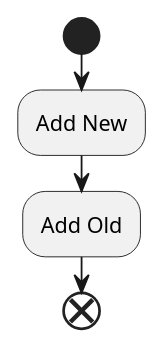
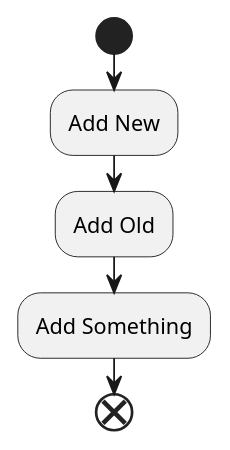
Before and after one commit to ontological-behavior-modeling/tester: the diagram in src/main/javadoc/edu/gatech/gtri/obm/doc-files/test.puml, drawn with PlantUML.

Commit message:
Develop (#43)
* Update Alloy.java

* Update Alloy.java

* [maven-release-plugin] prepare release v0.0.99

* [maven-release-plugin] prepare for next development iteration

* Update Alloy.java

* [maven-release-plugin] prepare release v0.0.101

* [maven-release-plugin] prepare for next development iteration

* Update pom.xml

* Update Alloy.java

* Update Alloy.java

* Update Alloy.java

* Update Alloy.java

* Update Alloy.java

* Update Alloy.java

* Update seq.puml

* Update seq.puml

* Update seq.puml

* Create test.puml

* Update test.puml

* Update test.puml

---------

```diff
--- a/src/main/javadoc/edu/gatech/gtri/obm/doc-files/test.puml
+++ b/src/main/javadoc/edu/gatech/gtri/obm/doc-files/test.puml
@@ -1,6 +1,7 @@
 @startuml
 start
 :Add New;
 :Add Old;
+:Add Something;
 end
 @enduml
```
